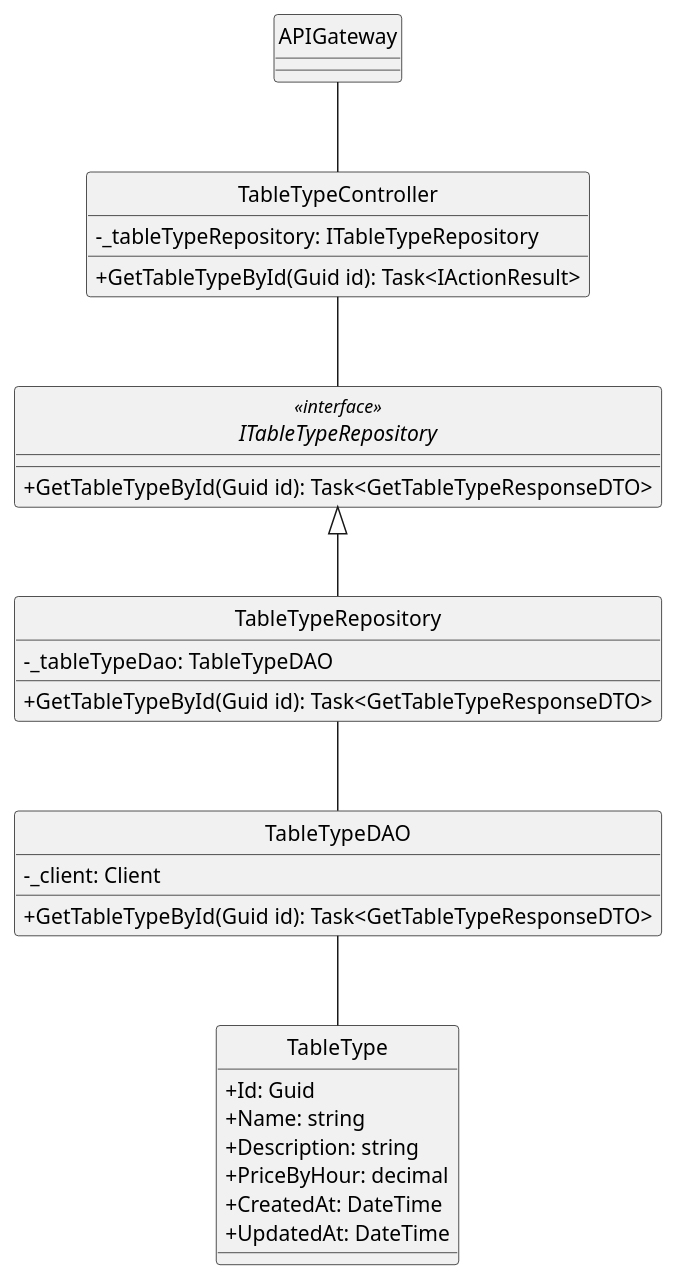
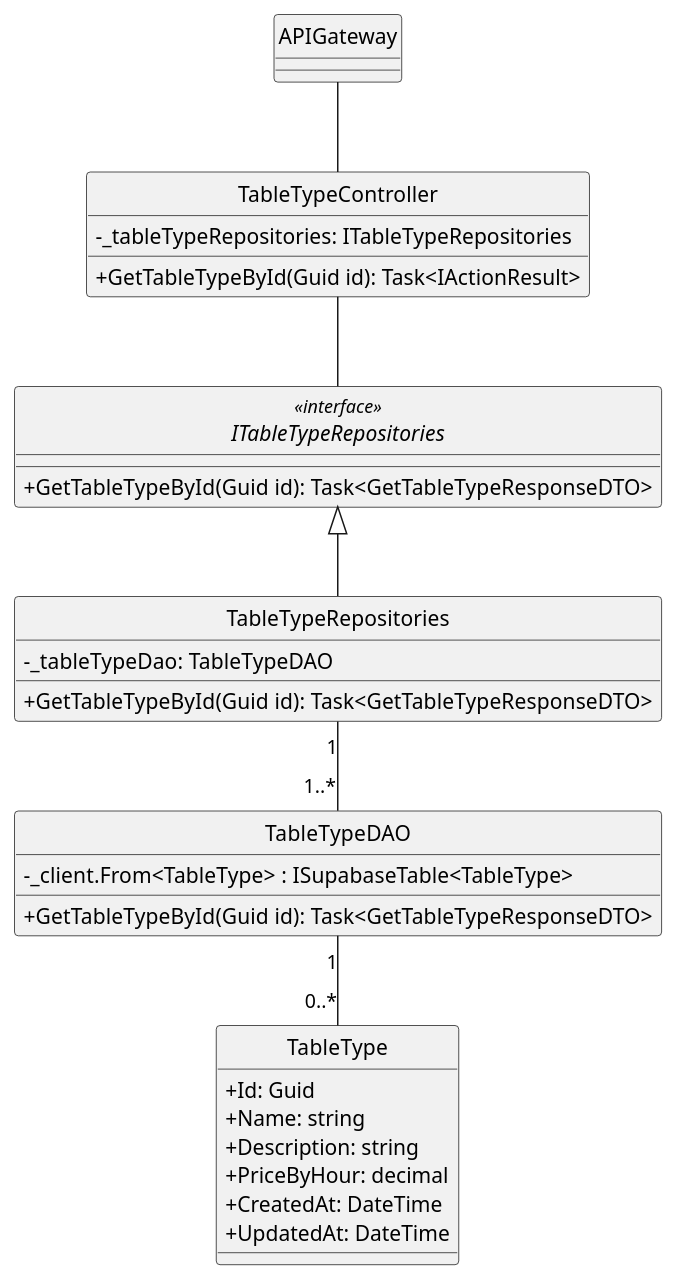
Before and after one commit to minhnhut23/FPT-OBOMS: the diagram in docs/ClassDiagram/TableType/GetTableTypeById.plantuml, drawn with PlantUML. The commit also changed 9 other files, not shown here.

Commit message:
table feature sequence-diagram

```diff
--- a/docs/ClassDiagram/TableType/GetTableTypeById.plantuml
+++ b/docs/ClassDiagram/TableType/GetTableTypeById.plantuml
@@ -1,41 +1,41 @@
 @startuml
 hide circle
 skinparam classAttributeIconSize 0
 
 class APIGateway {
 }
 
 class TableTypeController {
-    - _tableTypeRepository: ITableTypeRepository
+    - _tableTypeRepositories: ITableTypeRepositories
     + GetTableTypeById(Guid id): Task<IActionResult>
 }
 
-interface ITableTypeRepository<<interface>> {
+interface ITableTypeRepositories<<interface>> {
     + GetTableTypeById(Guid id): Task<GetTableTypeResponseDTO>
 }
 
-class TableTypeRepository {
+class TableTypeRepositories {
     - _tableTypeDao: TableTypeDAO
     + GetTableTypeById(Guid id): Task<GetTableTypeResponseDTO>
 }
 
 class TableTypeDAO {
-    - _client: Client
+    - _client.From<TableType> : ISupabaseTable<TableType>
     + GetTableTypeById(Guid id): Task<GetTableTypeResponseDTO>
 }
 
 class TableType {
     + Id: Guid
     + Name: string
     + Description: string
     + PriceByHour: decimal
     + CreatedAt: DateTime
     + UpdatedAt: DateTime
 }
 
 APIGateway -- TableTypeController
-TableTypeController -- ITableTypeRepository
-ITableTypeRepository <|-- TableTypeRepository
-TableTypeRepository -- TableTypeDAO
-TableTypeDAO -- TableType
+TableTypeController -- ITableTypeRepositories
+ITableTypeRepositories <|-- TableTypeRepositories
+TableTypeRepositories "1"--"1..*" TableTypeDAO
+TableTypeDAO "1"--"0..*" TableType
 @enduml
```
